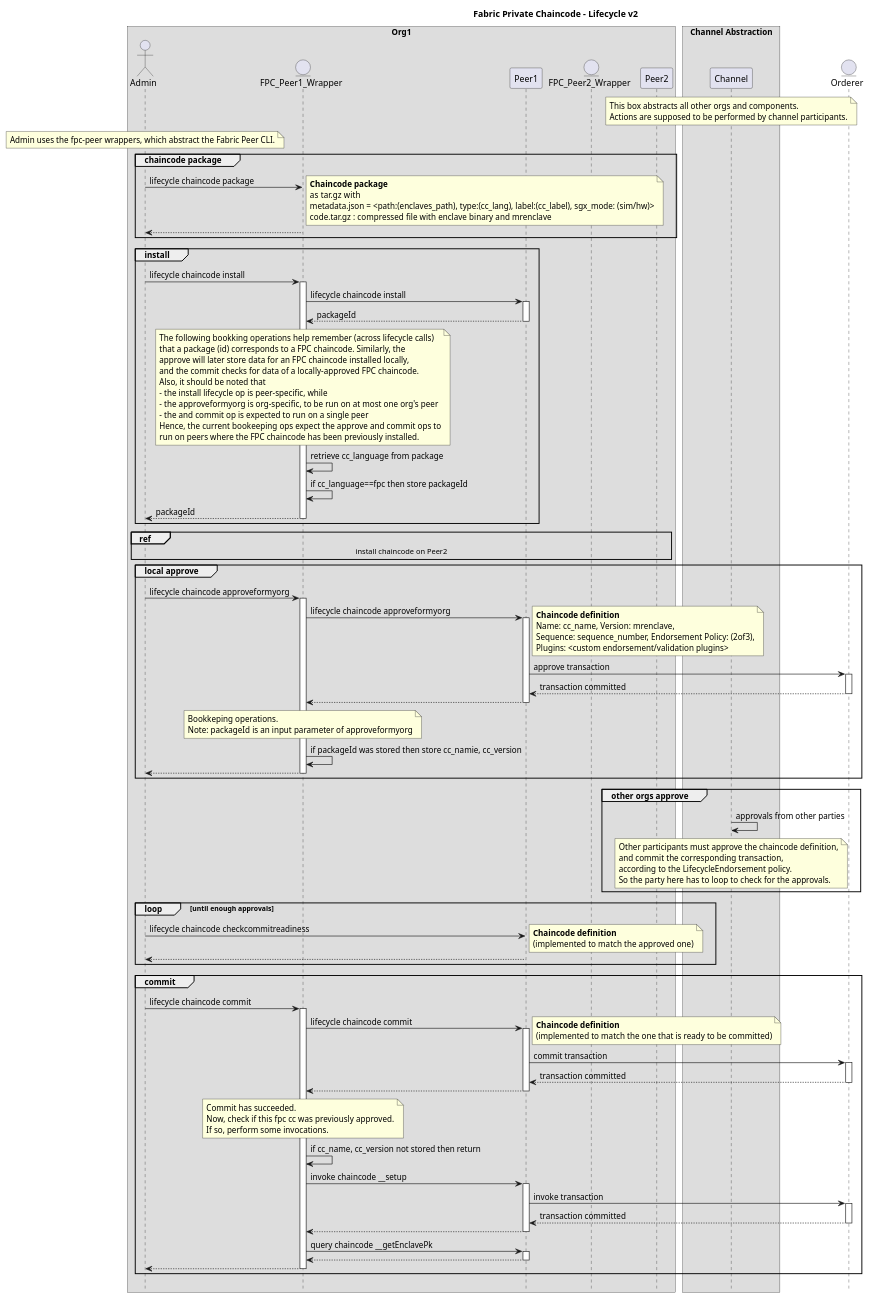
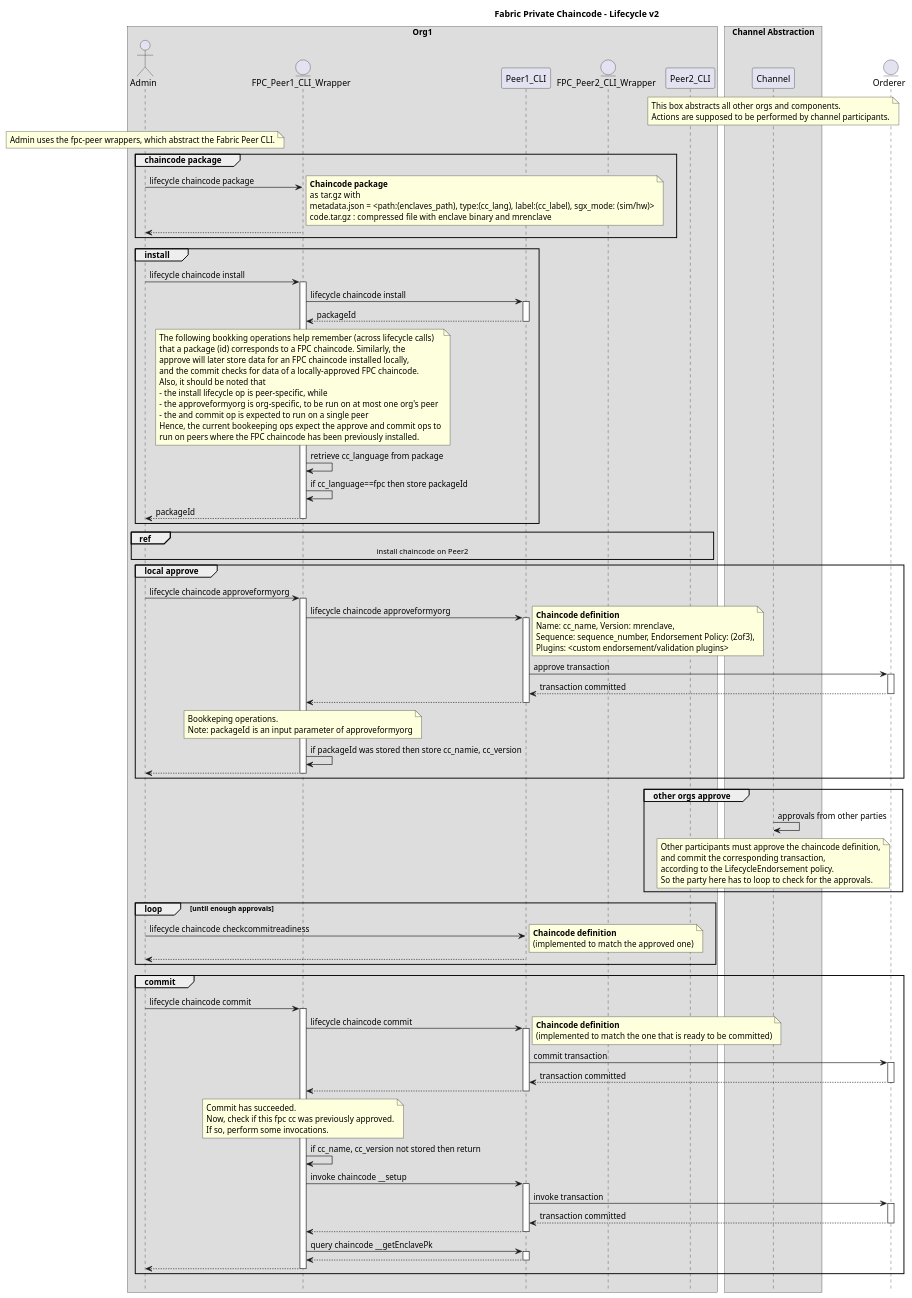
One commit to hyperledger/fabric-private-chaincode changed the diagram in docs/design/fabric-v2+/fpc-lifecycle-v2.puml. Above: the diagram before and after it, drawn with PlantUML.

Commit message:
rename peer to peer_cli

```diff
--- a/docs/design/fabric-v2+/fpc-lifecycle-v2.puml
+++ b/docs/design/fabric-v2+/fpc-lifecycle-v2.puml
@@ -8,133 +8,133 @@
 @startuml
 
 !pragma teoz true
 
 hide footbox
 title Foot Box removed
 
 title Fabric Private Chaincode - Lifecycle v2
 
 box "Org1"
 actor	Admin order 10
-entity "FPC_Peer1_Wrapper" as FPC_Peer1_Wrapper order 15
-participant Peer1 order 20
-entity "FPC_Peer2_Wrapper" as FPC_Peer2_Wrapper order 30
-participant Peer2 order 40
+entity "FPC_Peer1_CLI_Wrapper" as FPC_Peer1_CLI_Wrapper order 15
+participant Peer1_CLI order 20
+entity "FPC_Peer2_CLI_Wrapper" as FPC_Peer2_CLI_Wrapper order 30
+participant Peer2_CLI order 40
 end box
 
 box "Channel Abstraction"
 participant Channel order 70
 note over Channel
     This box abstracts all other orgs and components.
     Actions are supposed to be performed by channel participants.
 end note
 end box
 
 entity Orderer order 80
 
 note over Admin
     Admin uses the fpc-peer wrappers, which abstract the Fabric Peer CLI.
 end note
 
 group chaincode package
-Admin -> FPC_Peer1_Wrapper : lifecycle chaincode package
+Admin -> FPC_Peer1_CLI_Wrapper : lifecycle chaincode package
 note right
     **Chaincode package**
     as tar.gz with
     metadata.json = <path:(enclaves_path), type:(cc_lang), label:(cc_label), sgx_mode: (sim/hw)>
     code.tar.gz : compressed file with enclave binary and mrenclave
 end note
 return
 end /' group chaincode package '/
 
 group install
-Admin -> FPC_Peer1_Wrapper ++: lifecycle chaincode install
-FPC_Peer1_Wrapper -> Peer1 ++: lifecycle chaincode install
+Admin -> FPC_Peer1_CLI_Wrapper ++: lifecycle chaincode install
+FPC_Peer1_CLI_Wrapper -> Peer1_CLI ++: lifecycle chaincode install
 return packageId
-note over FPC_Peer1_Wrapper
+note over FPC_Peer1_CLI_Wrapper
     The following bookking operations help remember (across lifecycle calls)
     that a package (id) corresponds to a FPC chaincode. Similarly, the
     approve will later store data for an FPC chaincode installed locally,
     and the commit checks for data of a locally-approved FPC chaincode.
     Also, it should be noted that
     - the install lifecycle op is peer-specific, while
     - the approveformyorg is org-specific, to be run on at most one org's peer
     - the and commit op is expected to run on a single peer
     Hence, the current bookeeping ops expect the approve and commit ops to
     run on peers where the FPC chaincode has been previously installed.
 end note
-FPC_Peer1_Wrapper -> FPC_Peer1_Wrapper : retrieve cc_language from package
-FPC_Peer1_Wrapper -> FPC_Peer1_Wrapper : if cc_language==fpc then store packageId
-return packageId /' Admin -> FPC_Peer1_Wrapper '/
+FPC_Peer1_CLI_Wrapper -> FPC_Peer1_CLI_Wrapper : retrieve cc_language from package
+FPC_Peer1_CLI_Wrapper -> FPC_Peer1_CLI_Wrapper : if cc_language==fpc then store packageId
+return packageId /' Admin -> FPC_Peer1_CLI_Wrapper '/
 end /' group install '/
 
-ref over Admin, FPC_Peer2_Wrapper, Peer2
+ref over Admin, FPC_Peer2_CLI_Wrapper, Peer2_CLI
     install chaincode on Peer2
 end /' ref '/
 
 group local approve
-Admin -> FPC_Peer1_Wrapper ++: lifecycle chaincode approveformyorg
-FPC_Peer1_Wrapper -> Peer1 ++: lifecycle chaincode approveformyorg
+Admin -> FPC_Peer1_CLI_Wrapper ++: lifecycle chaincode approveformyorg
+FPC_Peer1_CLI_Wrapper -> Peer1_CLI ++: lifecycle chaincode approveformyorg
 note right
     **Chaincode definition**
     Name: cc_name, Version: mrenclave,
     Sequence: sequence_number, Endorsement Policy: (2of3),
     Plugins: <custom endorsement/validation plugins>
 end note
-Peer1 -> Orderer ++: approve transaction
-return transaction committed /' Peer1 -> Orderer '/
-return /' FPC_Peer1_Wrapper -> Peer1 '/
-note over FPC_Peer1_Wrapper
+Peer1_CLI -> Orderer ++: approve transaction
+return transaction committed /' Peer1_CLI -> Orderer '/
+return /' FPC_Peer1_CLI_Wrapper -> Peer1_CLI '/
+note over FPC_Peer1_CLI_Wrapper
     Bookkeping operations.
     Note: packageId is an input parameter of approveformyorg
 end note
-FPC_Peer1_Wrapper -> FPC_Peer1_Wrapper : if packageId was stored then store cc_namie, cc_version
-return /' Admin -> FPC_Peer1_Wrapper '/
+FPC_Peer1_CLI_Wrapper -> FPC_Peer1_CLI_Wrapper : if packageId was stored then store cc_namie, cc_version
+return /' Admin -> FPC_Peer1_CLI_Wrapper '/
 end /' group approve '/
 
 group other orgs approve
 Channel -> Channel : approvals from other parties
 note over Channel
     Other participants must approve the chaincode definition,
     and commit the corresponding transaction,
     according to the LifecycleEndorsement policy.
     So the party here has to loop to check for the approvals.
 end note
 end group 'other orgs approve'
 
 
 loop until enough approvals
-	Admin -> Peer1 : lifecycle chaincode checkcommitreadiness
+	Admin -> Peer1_CLI : lifecycle chaincode checkcommitreadiness
 note right
     **Chaincode definition**
     (implemented to match the approved one)
 end note
     return
 end
 
 group commit
-Admin -> FPC_Peer1_Wrapper ++:lifecycle chaincode commit
-FPC_Peer1_Wrapper -> Peer1 ++: lifecycle chaincode commit
+Admin -> FPC_Peer1_CLI_Wrapper ++:lifecycle chaincode commit
+FPC_Peer1_CLI_Wrapper -> Peer1_CLI ++: lifecycle chaincode commit
 note right
     **Chaincode definition**
     (implemented to match the one that is ready to be committed)
 end note
-Peer1 -> Orderer ++: commit transaction
-return transaction committed /' Peer1 -> Orderer '/
-return /' FPC_Peer1_Wrapper -> Peer1 '/
-note over FPC_Peer1_Wrapper
+Peer1_CLI -> Orderer ++: commit transaction
+return transaction committed /' Peer1_CLI -> Orderer '/
+return /' FPC_Peer1_CLI_Wrapper -> Peer1_CLI '/
+note over FPC_Peer1_CLI_Wrapper
     Commit has succeeded.
     Now, check if this fpc cc was previously approved.
     If so, perform some invocations.
 end note
-FPC_Peer1_Wrapper -> FPC_Peer1_Wrapper : if cc_name, cc_version not stored then return
-FPC_Peer1_Wrapper -> Peer1 ++: invoke chaincode __setup
-Peer1 -> Orderer ++: invoke transaction
+FPC_Peer1_CLI_Wrapper -> FPC_Peer1_CLI_Wrapper : if cc_name, cc_version not stored then return
+FPC_Peer1_CLI_Wrapper -> Peer1_CLI ++: invoke chaincode __setup
+Peer1_CLI -> Orderer ++: invoke transaction
 return transaction committed
-return /' FPC_Peer1_Wrapper -> Peer1 '/
-FPC_Peer1_Wrapper -> Peer1 ++: query chaincode __getEnclavePk
-return /' FPC_Peer1_Wrapper -> Peer1 '/
-return /' Admin -> FPC_Peer1_Wrapper '/
+return /' FPC_Peer1_CLI_Wrapper -> Peer1_CLI '/
+FPC_Peer1_CLI_Wrapper -> Peer1_CLI ++: query chaincode __getEnclavePk
+return /' FPC_Peer1_CLI_Wrapper -> Peer1_CLI '/
+return /' Admin -> FPC_Peer1_CLI_Wrapper '/
 end /' group commit '/
 
 @enduml
```
